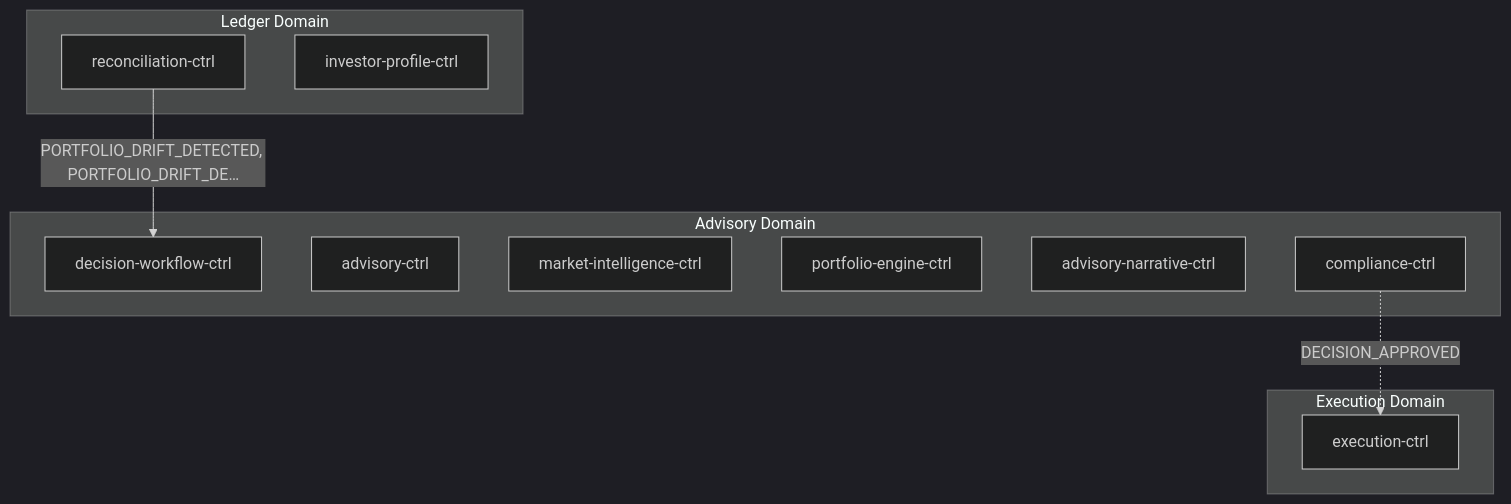
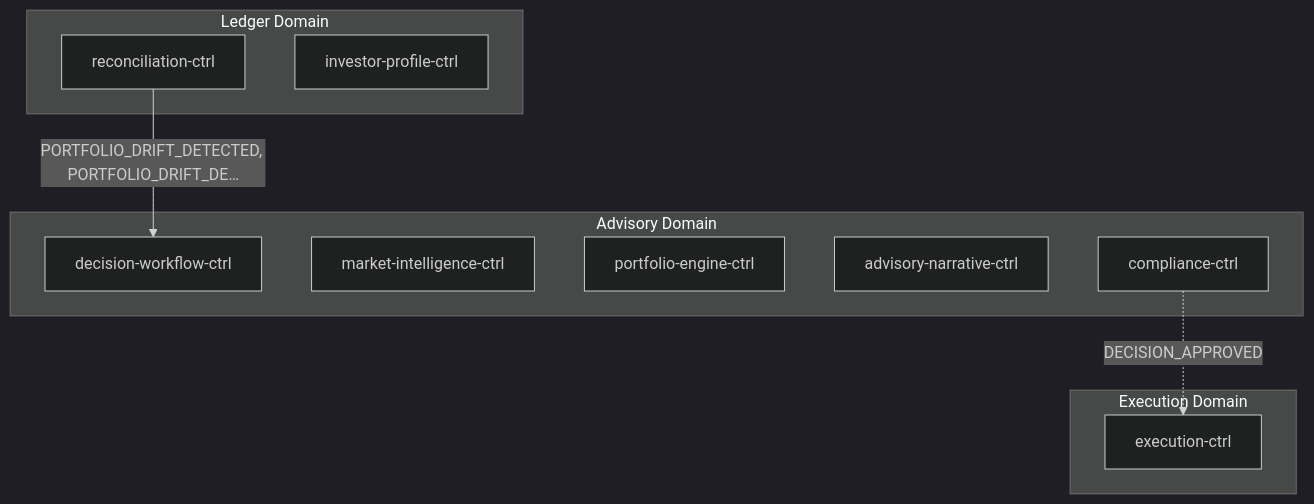
The first of 2 diagrams in docs/data-flows/portfolio-rebalance.md (fabio-vitali/nestfolio), drawn with Mermaid (dark theme) before and after one commit. The commit also changed other lines of this file and 21 other files, not shown here.

First line of the commit message:
docs: regen flow markdown + C4 diagrams for InvestorProfile collapse

````diff
--- a/docs/data-flows/portfolio-rebalance.md
+++ b/docs/data-flows/portfolio-rebalance.md
@@ -11,20 +11,19 @@
 ```mermaid
 flowchart TD
     subgraph ledger["Ledger Domain"]
         reconciliation_ctrl["reconciliation-ctrl"]
         investor_profile_ctrl["investor-profile-ctrl"]
     end
     subgraph advisory["Advisory Domain"]
         decision_workflow_ctrl["decision-workflow-ctrl"]
-        advisory_ctrl["advisory-ctrl"]
         market_intelligence_ctrl["market-intelligence-ctrl"]
         portfolio_engine_ctrl["portfolio-engine-ctrl"]
         advisory_narrative_ctrl["advisory-narrative-ctrl"]
         compliance_ctrl["compliance-ctrl"]
     end
     subgraph execution["Execution Domain"]
         execution_ctrl["execution-ctrl"]
     end
     reconciliation_ctrl -->|"PORTFOLIO_DRIFT_DETECTED, PORTFOLIO_DRIFT_DE…"| decision_workflow_ctrl
     compliance_ctrl -.->|"DECISION_APPROVED"| execution_ctrl
 ```
````
